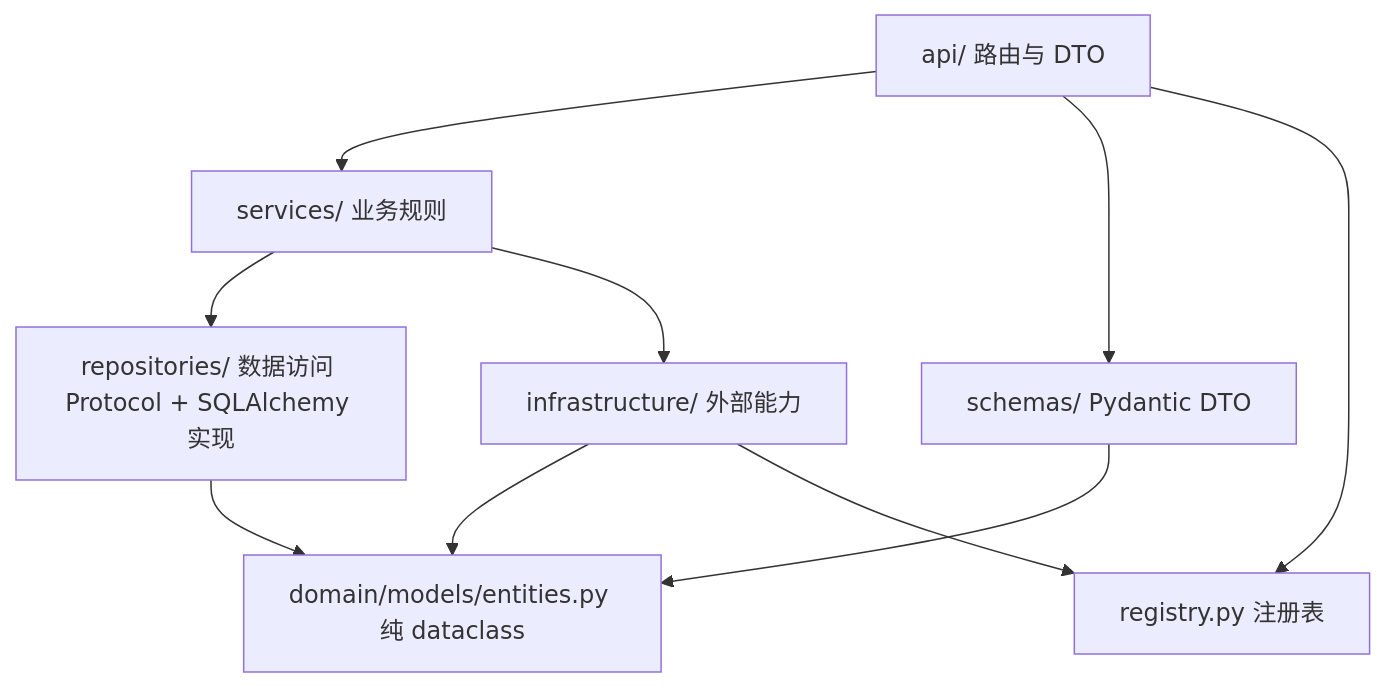
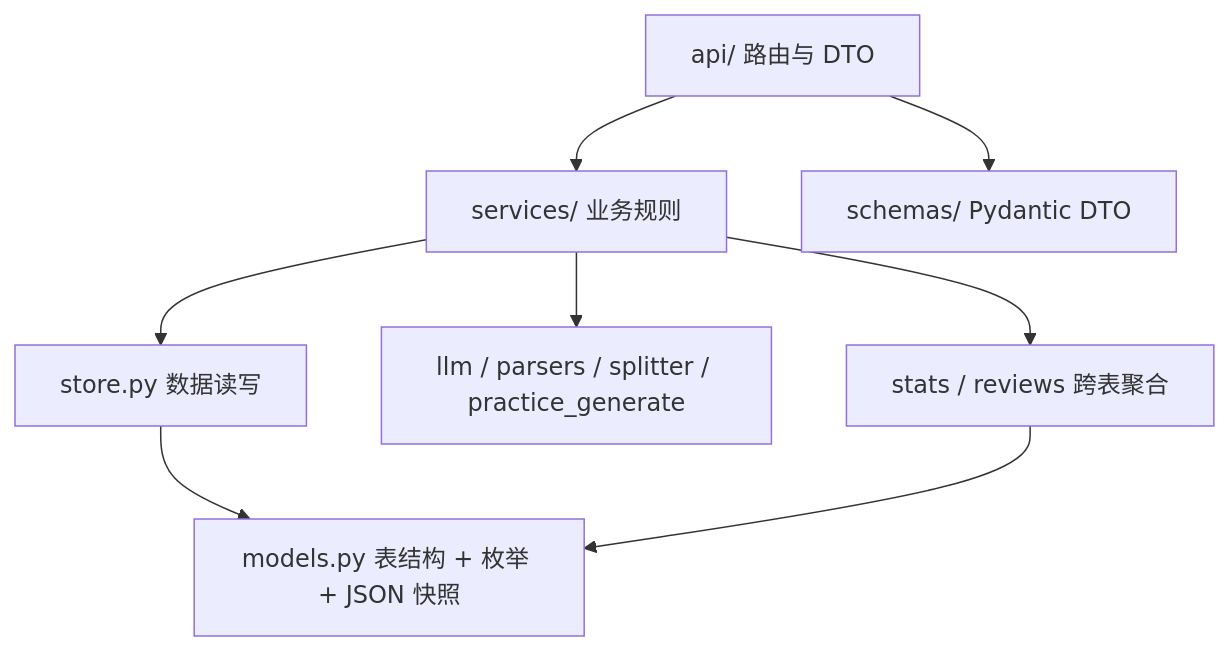
One commit to dragonFtop/A4S changed the second of 5 diagrams in docs/BACKEND.md. Above: the diagram before and after it, drawn with Mermaid. The commit also changed other lines of this file and 85 other files, not shown here.

````diff
--- a/docs/BACKEND.md
+++ b/docs/BACKEND.md
@@ -94,12 +96,10 @@
 ```mermaid
 flowchart TD
   A[api/ 路由与 DTO] --> B[services/ 业务规则]
-  B --> C[repositories/ 数据访问 Protocol + SQLAlchemy 实现]
-  B --> D[infrastructure/ 外部能力]
+  B --> C[store.py 数据读写]
+  B --> D[llm / parsers / splitter / practice_generate]
+  B --> I[stats / reviews 跨表聚合]
   A --> E[schemas/ Pydantic DTO]
-  C --> F[domain/models/entities.py 纯 dataclass]
-  D --> F
-  E --> F
-  A --> G[registry.py 注册表]
-  D --> G
+  C --> F[models.py 表结构 + 枚举 + JSON 快照]
+  I --> F
 ```
````
